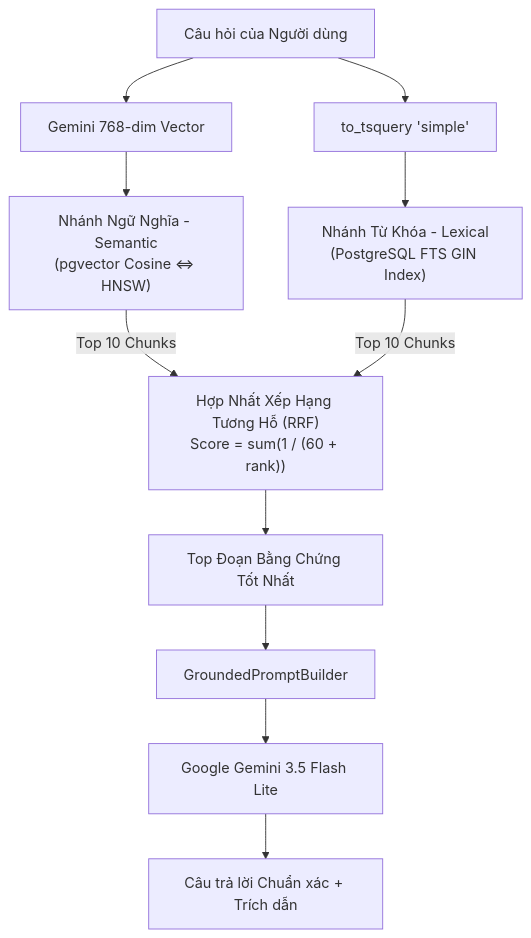
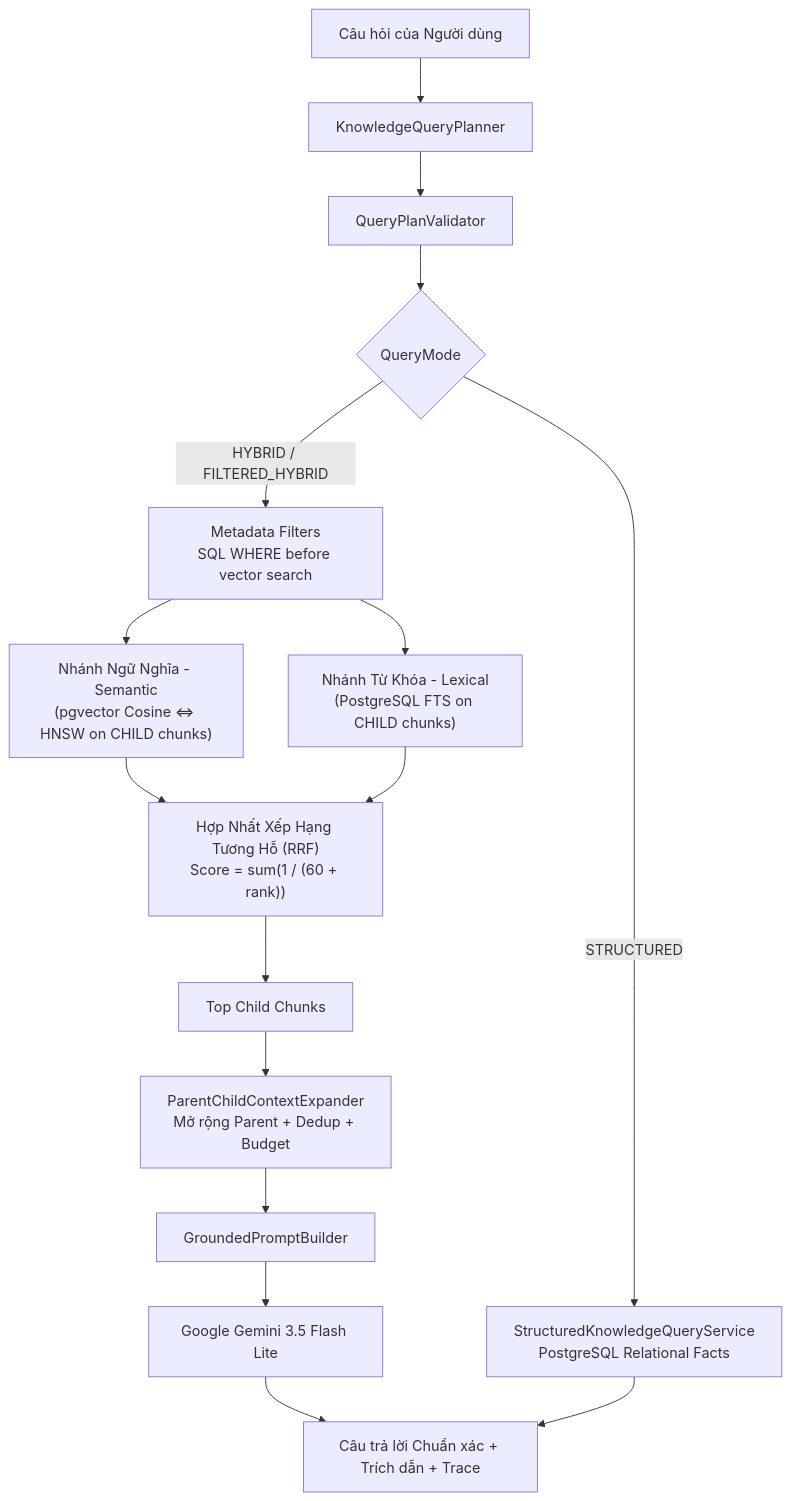
Before and after one commit to dbp3206-source/group_sync: the fourth of 4 diagrams in docs/02_technical_reference/TECHNICAL_REFERENCE.md, drawn with Mermaid. The commit also changed other lines of this file and 2 other files, not shown here.

Commit message:
fix(knowledge): phase 2 - integrate RAG v2 live execution paths, restore Phase 0/1 regressions, and add integration tests

````diff
--- a/docs/02_technical_reference/TECHNICAL_REFERENCE.md
+++ b/docs/02_technical_reference/TECHNICAL_REFERENCE.md
@@ -314,16 +316,22 @@
 ```mermaid
 graph TD
-    Query[Câu hỏi của Người dùng] --> Embed[Gemini 768-dim Vector]
-    Query --> FTS[to_tsquery 'simple']
+    Query[Câu hỏi của Người dùng] --> Planner[KnowledgeQueryPlanner]
+    Planner --> Validator[QueryPlanValidator]
+    Validator --> PlanRouter{QueryMode}
 
-    Embed --> SemBranch["Nhánh Ngữ Nghĩa - Semantic<br>(pgvector Cosine <=> HNSW)"]
-    FTS --> LexBranch["Nhánh Từ Khóa - Lexical<br>(PostgreSQL FTS GIN Index)"]
+    PlanRouter -->|STRUCTURED| StructQuery[StructuredKnowledgeQueryService<br>PostgreSQL Relational Facts]
+    PlanRouter -->|HYBRID / FILTERED_HYBRID| RetFilter[Metadata Filters<br>SQL WHERE before vector search]
 
-    SemBranch -->|Top 10 Chunks| RRF["Hợp Nhất Xếp Hạng Tương Hỗ (RRF)<br>Score = sum(1 / (60 + rank))"]
-    LexBranch -->|Top 10 Chunks| RRF
+    RetFilter --> SemBranch["Nhánh Ngữ Nghĩa - Semantic<br>(pgvector Cosine <=> HNSW on CHILD chunks)"]
+    RetFilter --> LexBranch["Nhánh Từ Khóa - Lexical<br>(PostgreSQL FTS on CHILD chunks)"]
 
-    RRF --> TopEvidence[Top Đoạn Bằng Chứng Tốt Nhất]
-    TopEvidence --> PromptBuilder[GroundedPromptBuilder]
+    SemBranch --> RRF["Hợp Nhất Xếp Hạng Tương Hỗ (RRF)<br>Score = sum(1 / (60 + rank))"]
+    LexBranch --> RRF
+
+    RRF --> RankedChildren[Top Child Chunks]
+    RankedChildren --> ParentExpander[ParentChildContextExpander<br>Mở rộng Parent + Dedup + Budget]
+    ParentExpander --> PromptBuilder[GroundedPromptBuilder]
     PromptBuilder --> GeminiLLM[Google Gemini 3.5 Flash Lite]
-    GeminiLLM --> ChatOutput[Câu trả lời Chuẩn xác + Trích dẫn]
+    GeminiLLM --> ChatOutput[Câu trả lời Chuẩn xác + Trích dẫn + Trace]
+    StructQuery --> ChatOutput
 ```
````
